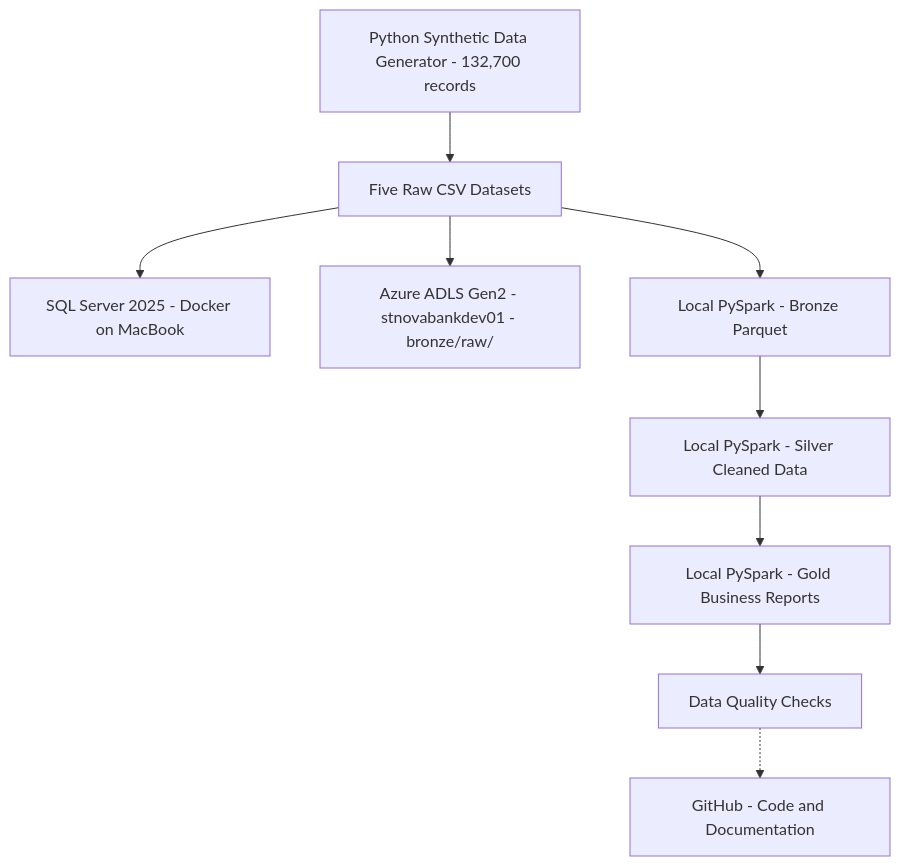
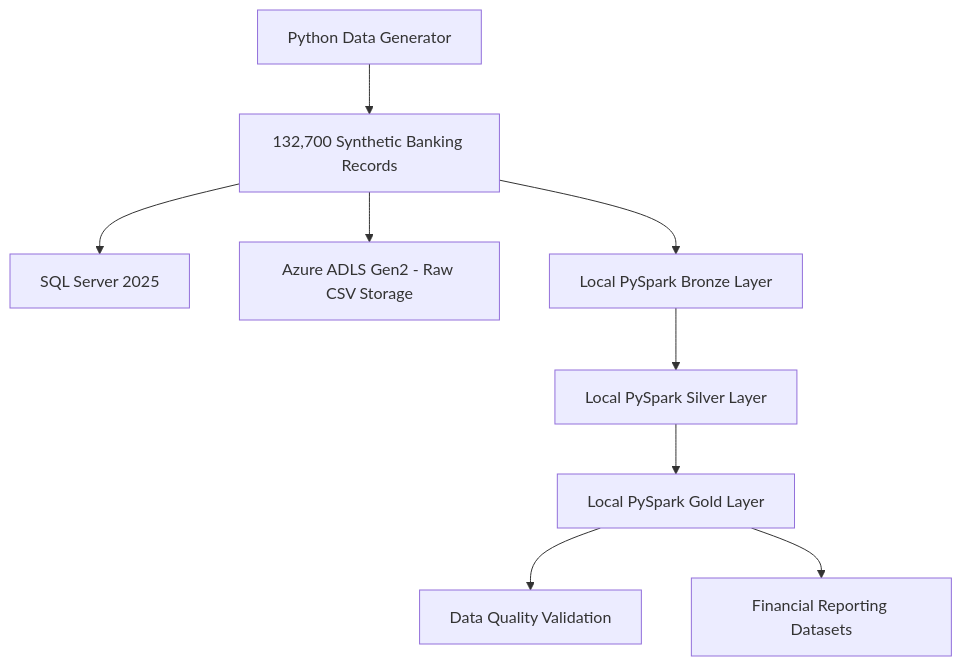
One commit to ramchandra0366/Fintech-Project changed the diagram in docs/architecture.md. Above: the diagram before and after it, drawn with Mermaid. The commit also changed other lines of this file, not shown here.

Commit message:
Add NovaBank architecture diagram

````diff
--- a/docs/architecture.md
+++ b/docs/architecture.md
@@ -5,20 +6,21 @@
 ```mermaid
 flowchart TD
-    A["Python Synthetic Data Generator - 132,700 records"]
-    B["Five Raw CSV Datasets"]
-    C["SQL Server 2025 - Docker on MacBook"]
-    D["Azure ADLS Gen2 - stnovabankdev01 - bronze/raw/"]
-    E["Local PySpark - Bronze Parquet"]
-    F["Local PySpark - Silver Cleaned Data"]
-    G["Local PySpark - Gold Business Reports"]
-    H["Data Quality Checks"]
-    I["GitHub - Code and Documentation"]
+    A["Python Data Generator"]
+    B["132,700 Synthetic Banking Records"]
+    C["SQL Server 2025"]
+    D["Azure ADLS Gen2 - Raw CSV Storage"]
+    E["Local PySpark Bronze Layer"]
+    F["Local PySpark Silver Layer"]
+    G["Local PySpark Gold Layer"]
+    H["Data Quality Validation"]
+    I["Financial Reporting Datasets"]
+
     A --> B
     B --> C
     B --> D
     B --> E
     E --> F
     F --> G
     G --> H
-    H -.-> I
+    G --> I
 ```
````
